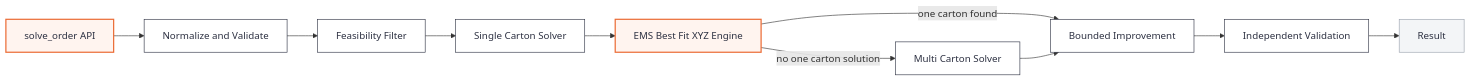
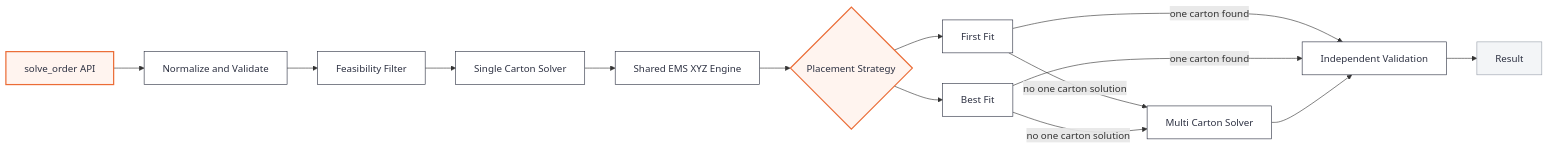
One commit to Voycepeh/ihubsolutions-capstone-project changed the diagram in README.md. Above: the diagram before and after it, drawn with Mermaid. The commit also changed other lines of this file, not shown here.

Commit message:
Align README with First Fit and Best Fit benchmark

````diff
--- a/README.md
+++ b/README.md
@@ -31,25 +31,31 @@
 ```mermaid
 flowchart LR
     A[solve_order API]
     B[Normalize and Validate]
     C[Feasibility Filter]
     D[Single Carton Solver]
-    E[EMS Best Fit XYZ Engine]
-    F[Multi Carton Solver]
-    G[Bounded Improvement]
-    H[Independent Validation]
-    I[Result]
+    E[Shared EMS XYZ Engine]
+    F{Placement Strategy}
+    G[First Fit]
+    H[Best Fit]
+    I[Multi Carton Solver]
+    J[Independent Validation]
+    K[Result]
 
-    A --> B --> C --> D --> E
-    E -->|one carton found| G
-    E -->|no one carton solution| F --> G
-    G --> H --> I
+    A --> B --> C --> D --> E --> F
+    F --> G
+    F --> H
+    G -->|one carton found| J
+    H -->|one carton found| J
+    G -->|no one carton solution| I
+    H -->|no one carton solution| I
+    I --> J --> K
 
     classDef focal fill:#fff4ef,stroke:#eb6c36,stroke-width:2px,color:#2d3142;
     classDef standard fill:#ffffff,stroke:#2d3142,stroke-width:1px,color:#2d3142;
     classDef input fill:#f3f5f7,stroke:#9aa1ac,stroke-width:1px,color:#2d3142;
 
-    class A,E focal;
-    class B,C,D,F,G,H standard;
-    class I input;
+    class A,F focal;
+    class B,C,D,E,G,H,I,J standard;
+    class K input;
 ```
````
